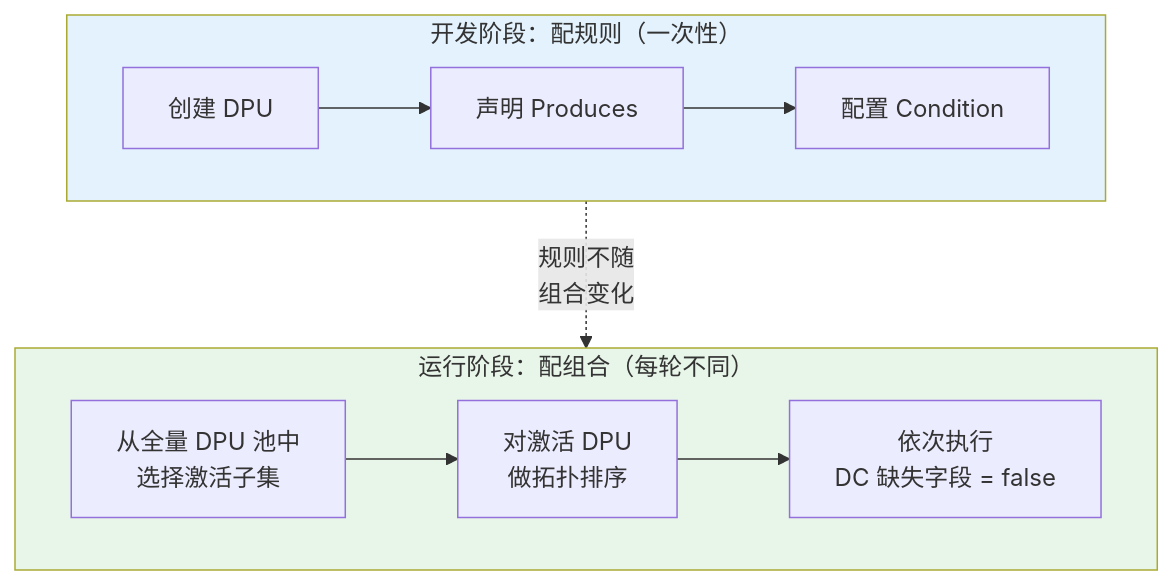
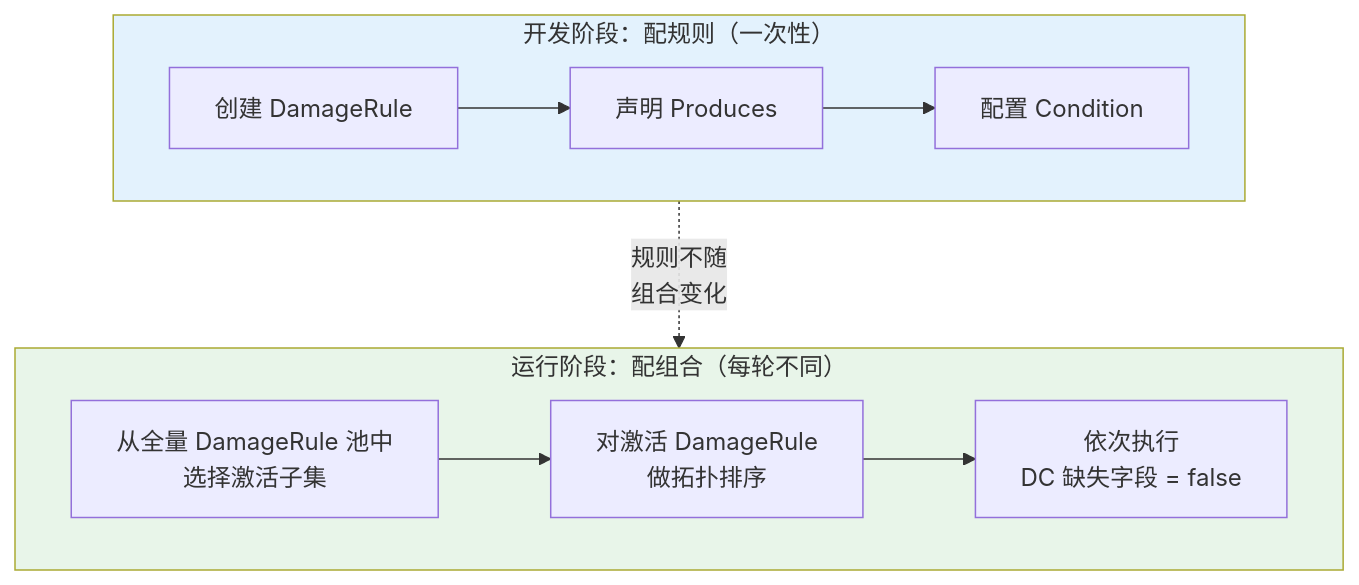
One commit to ZiJinZiMing/SagaStats changed the seventh of 9 diagrams in doc/damagePipeline/架构设计.md. Above: the diagram before and after it, drawn with Mermaid. The commit also changed other lines of this file and 85 other files, not shown here.

````diff
--- a/doc/damagePipeline/架构设计.md
+++ b/doc/damagePipeline/架构设计.md
@@ -407,22 +407,22 @@
 ```mermaid
 graph TB
     subgraph 开发阶段["开发阶段：配规则（一次性）"]
-        CREATE["创建 DPU"]
+        CREATE["创建 DamageRule"]
         PRODUCE["声明 Produces"]
         COND["配置 Condition"]
     end
 
     subgraph 运行阶段["运行阶段：配组合（每轮不同）"]
-        SELECT["从全量 DPU 池中<br/>选择激活子集"]
-        TOPO["对激活 DPU<br/>做拓扑排序"]
+        SELECT["从全量 DamageRule 池中<br/>选择激活子集"]
+        TOPO["对激活 DamageRule<br/>做拓扑排序"]
         EXEC["依次执行<br/>DC 缺失字段 = false"]
     end
 
     CREATE --> PRODUCE --> COND
     SELECT --> TOPO --> EXEC
 
     开发阶段 -.->|"规则不随<br/>组合变化"| 运行阶段
 
     style 开发阶段 fill:#e3f2fd
     style 运行阶段 fill:#e8f5e9
 ```
````
